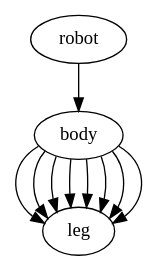
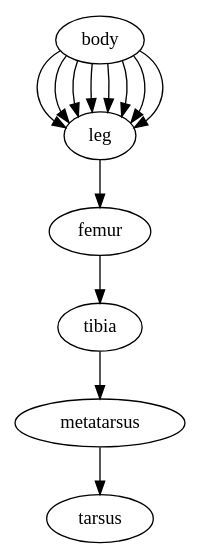
One commit to allanzhao/RoboGrammar changed the diagram in data/designs/spider.dot. Above: the diagram before and after it, drawn with Graphviz.

Commit message:
Define a complete graph in spider.dot

```diff
--- a/data/designs/spider.dot
+++ b/data/designs/spider.dot
@@ -1,24 +1,28 @@
 digraph spider {
-  subgraph L {
-    robot [label="robot"];
+  {
+    node [link_shape="capsule"];
+    body [joint_type="free", length=0.2];
+    leg [joint_type="hinge", joint_axis="0 1 0", length=0.1];
+    femur [joint_type="fixed", length=0.2];
+    tibia [joint_type="hinge", joint_axis="0 0 1", length=0.2];
+    metatarsus [joint_type="hinge", joint_axis="0 0 1", length=0.2];
+    tarsus [joint_type="fixed", length=0.05];
   }
 
-  subgraph R {
-    body [link_shape="capsule", length=0.5];
-    leg [label="leg"];
+  // Left legs
+  body -> leg [offset=0.05, axis_angle="0 1 0 120"];
+  body -> leg [offset=0.35, axis_angle="0 1 0 100"];
+  body -> leg [offset=0.65, axis_angle="0 1 0 80"];
+  body -> leg [offset=0.95, axis_angle="0 1 0 60"];
 
-    robot -> body;
+  // Right legs
+  body -> leg [offset=0.05, axis_angle="0 1 0 -120", mirror=true];
+  body -> leg [offset=0.35, axis_angle="0 1 0 -100", mirror=true];
+  body -> leg [offset=0.65, axis_angle="0 1 0 -80", mirror=true];
+  body -> leg [offset=0.95, axis_angle="0 1 0 -60", mirror=true];
 
-    // Left legs
-    body -> leg [offset=0.0, axis_angle="0 1 0 120"];
-    body -> leg [offset=0.25, axis_angle="0 1 0 100"];
-    body -> leg [offset=0.75, axis_angle="0 1 0 80"];
-    body -> leg [offset=1.0, axis_angle="0 1 0 60"];
-
-    // Right legs
-    body -> leg [offset=0.0, axis_angle="0 1 0 -120", mirror=true];
-    body -> leg [offset=0.25, axis_angle="0 1 0 -100", mirror=true];
-    body -> leg [offset=0.75, axis_angle="0 1 0 -80", mirror=true];
-    body -> leg [offset=1.0, axis_angle="0 1 0 -60", mirror=true];
-  }
+  leg -> femur [axis_angle="0 0 1 -15"];
+  femur -> tibia [axis_angle="0 0 1 60"];
+  tibia -> metatarsus [axis_angle="0 0 1 60"];
+  metatarsus -> tarsus [axis_angle="0 0 1 -45"];
 }
```
